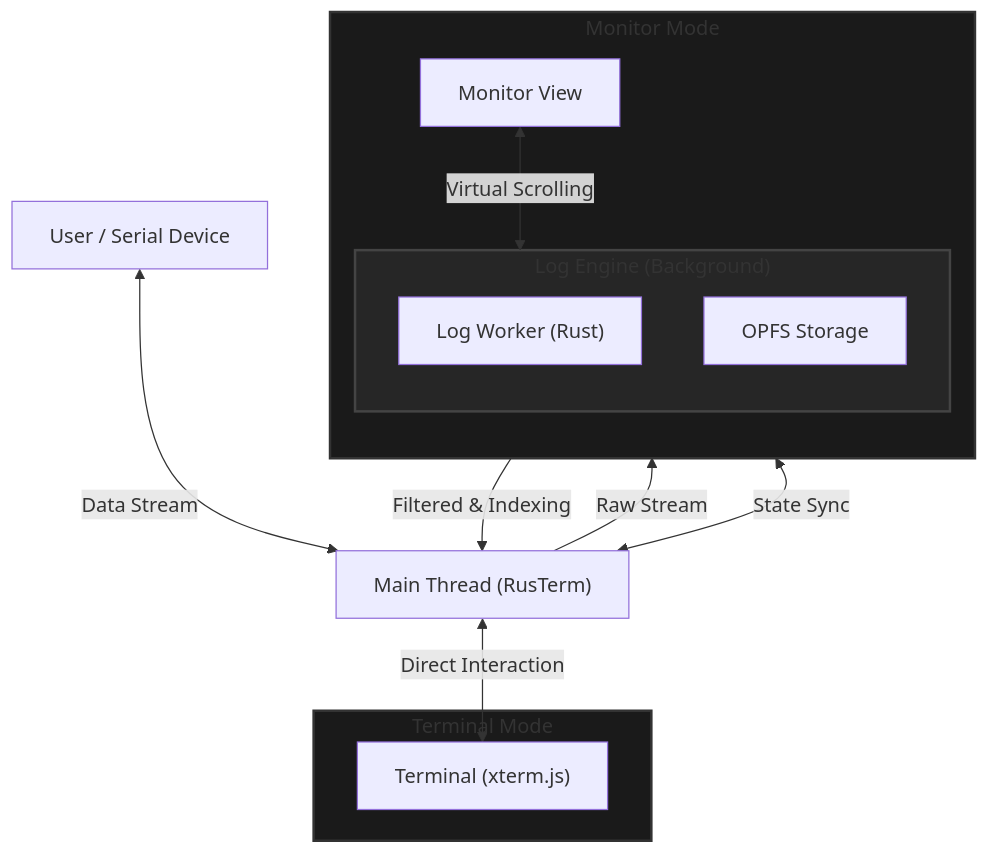
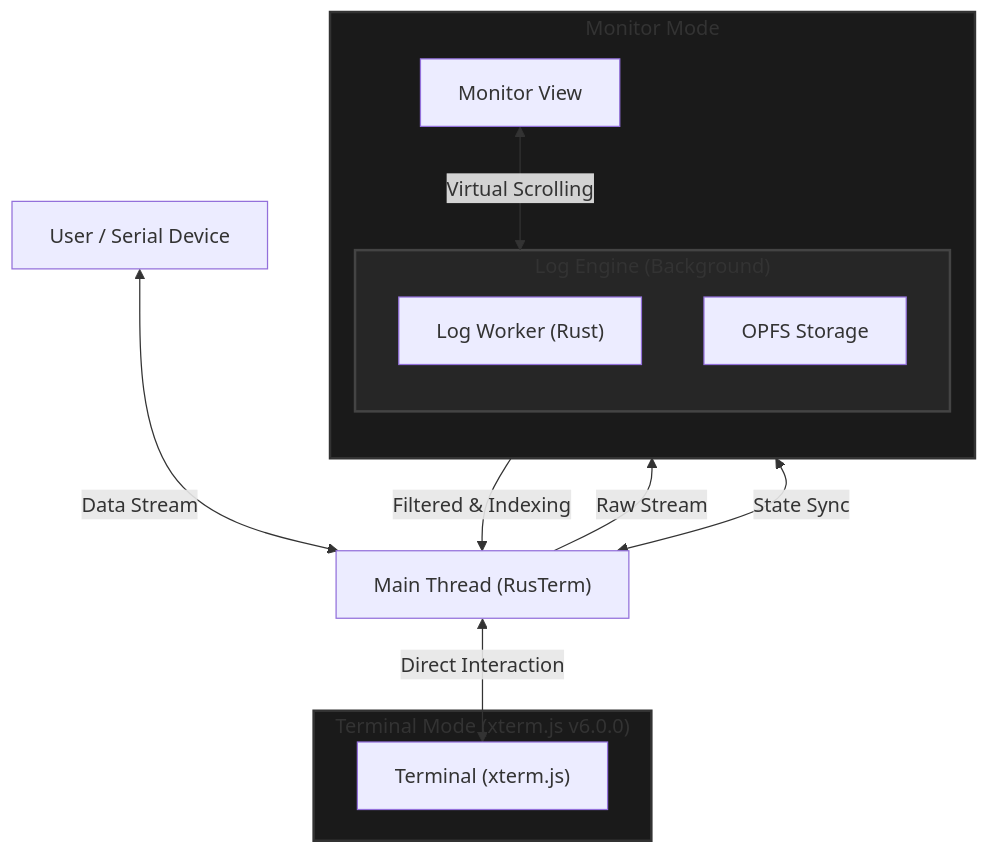
Before and after one commit to imwoo90/RusTerm: the diagram in README.md, drawn with Mermaid. The commit also changed other lines of this file, not shown here.

Commit message:
xterm.js version v6.0.0

````diff
--- a/README.md
+++ b/README.md
@@ -62,31 +63,31 @@
 ```mermaid
 graph TD
     User["User / Serial Device"] <-->|Data Stream| Main["Main Thread (RusTerm)"]
     
     %% Terminal Mode
-    subgraph Terminal_Mode ["Terminal Mode"]
+    subgraph Terminal_Mode ["Terminal Mode (xterm.js v6.0.0)"]
         Xterm["Terminal (xterm.js)"]
     end
     Main <-->|Direct Interaction| Xterm
 
     %% Monitor Mode
     subgraph Monitor_Mode ["Monitor Mode"]
         direction TB
         Monitor_View["Monitor View"]
         
         subgraph Monitor_Engine ["Log Engine (Background)"]
             Worker["Log Worker (Rust)"]
             OPFS["OPFS Storage"]
         end
         
         Monitor_View <-->|Virtual Scrolling| Monitor_Engine
     end
 
     Main -->|Raw Stream| Worker
     Worker -->|Filtered & Indexing| Main
     Main <-->|State Sync| Monitor_View
 
     style Monitor_Mode fill:#1a1a1a,stroke:#333,stroke-width:2px
     style Monitor_Engine fill:#262626,stroke:#444,stroke-width:2px
     style Terminal_Mode fill:#1a1a1a,stroke:#333,stroke-width:2px
 ```
````
